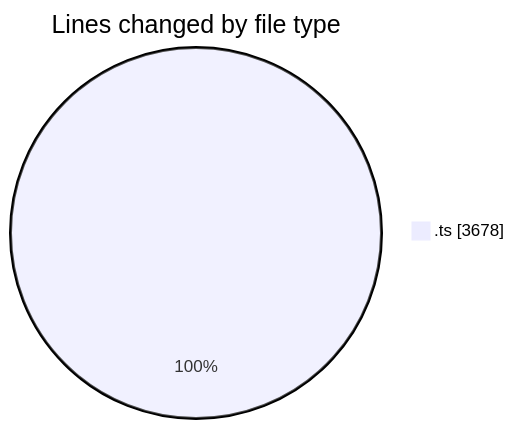
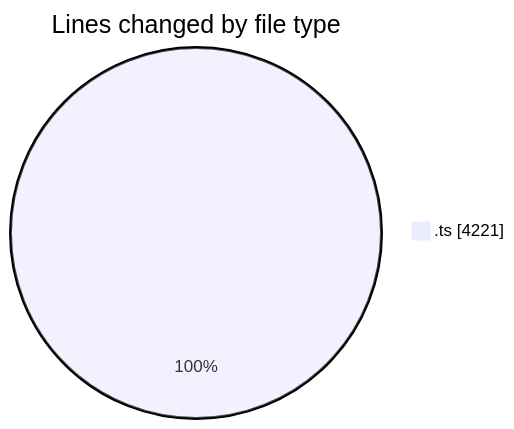
One commit to tmsrecording-cyber/code-tracking changed the first of 2 diagrams in 2026-02-04/singularitybrainai/README.md. Above: the diagram before and after it, drawn with Mermaid. The commit also changed other lines of this file and 1 other file, not shown here.

````diff
--- a/2026-02-04/singularitybrainai/README.md
+++ b/2026-02-04/singularitybrainai/README.md
@@ -24,5 +24,5 @@
 ```mermaid
 pie showData
 title Lines changed by file type
-".ts" : 3678
+".ts" : 4221
 ```
````
